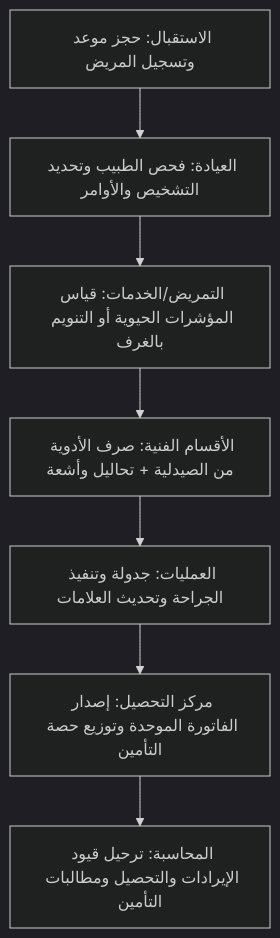
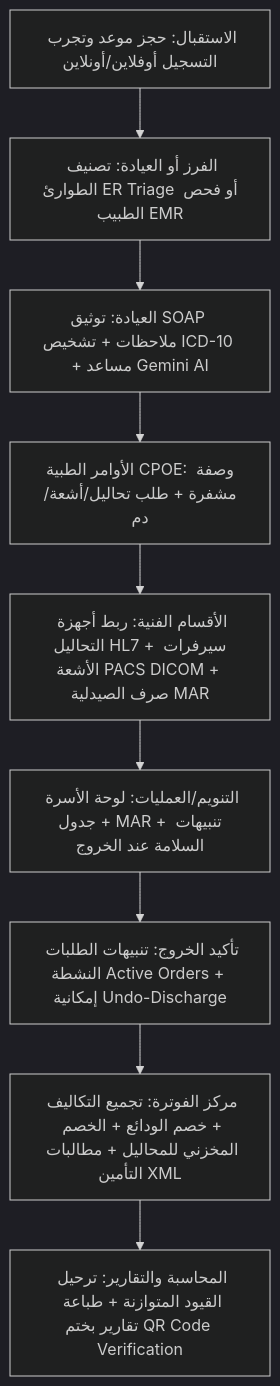
The diagram in hims_guide.md (mahmodelrakhawey-svg/TriPro-ERP), drawn with Mermaid (dark theme) before and after one commit. The commit also changed other lines of this file and 5 other files, not shown here.

````diff
--- a/hims_guide.md
+++ b/hims_guide.md
@@ -86,9 +107,11 @@
 ```mermaid
 graph TD
-    A[الاستقبال: حجز موعد وتسجيل المريض] --> B[العيادة: فحص الطبيب وتحديد التشخيص والأوامر]
-    B --> C[التمريض/الخدمات: قياس المؤشرات الحيوية أو التنويم بالغرف]
-    C --> D[الأقسام الفنية: صرف الأدوية من الصيدلية + تحاليل وأشعة]
-    D --> E[العمليات: جدولة وتنفيذ الجراحة وتحديث العلامات]
-    E --> F[مركز التحصيل: إصدار الفاتورة الموحدة وتوزيع حصة التأمين]
-    F --> G[المحاسبة: ترحيل قيود الإيرادات والتحصيل ومطالبات التأمين]
+    A[الاستقبال: حجز موعد وتجرب التسجيل أوفلاين/أونلاين] --> B[الفرز أو العيادة: تصنيف الطوارئ ER Triage أو فحص الطبيب EMR]
+    B --> C[العيادة: توثيق SOAP ملاحظات + تشخيص ICD-10 + مساعد Gemini AI]
+    C --> D[الأوامر الطبية CPOE: وصفة مشفرة + طلب تحاليل/أشعة/دم]
+    D --> E[الأقسام الفنية: ربط أجهزة التحاليل HL7 + سيرفرات الأشعة PACS DICOM + صرف الصيدلية MAR]
+    E --> F[التنويم/العمليات: لوحة الأسرة + جدول MAR + تنبيهات السلامة عند الخروج]
+    F --> G[تأكيد الخروج: تنبيهات الطلبات النشطة Active Orders + إمكانية Undo-Discharge]
+    G --> H[مركز الفوترة: تجميع التكاليف + خصم الودائع + الخصم المخزني للمحاليل + مطالبات التأمين XML]
+    H --> I[المحاسبة والتقارير: ترحيل القيود المتوازنة + طباعة تقارير بختم QR Code Verification]
 ```
````
